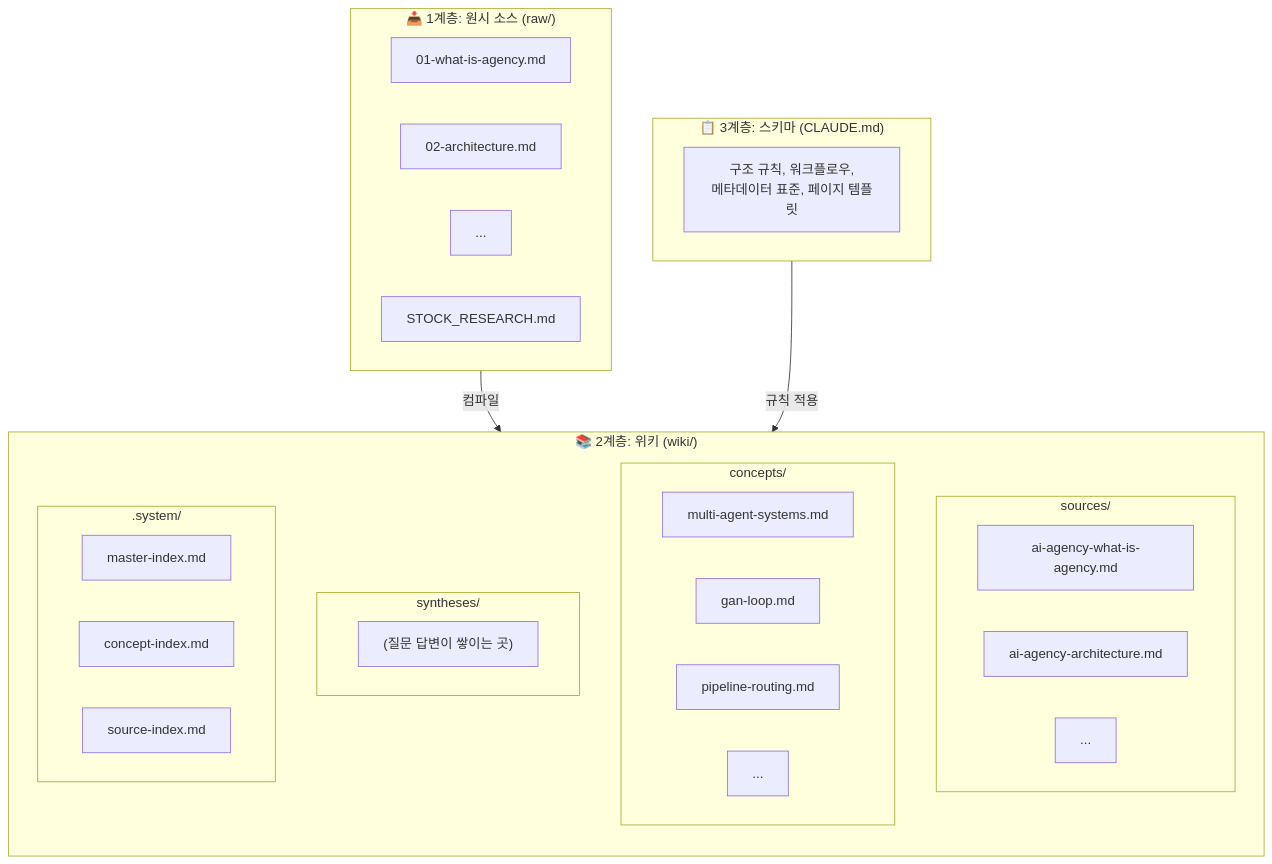
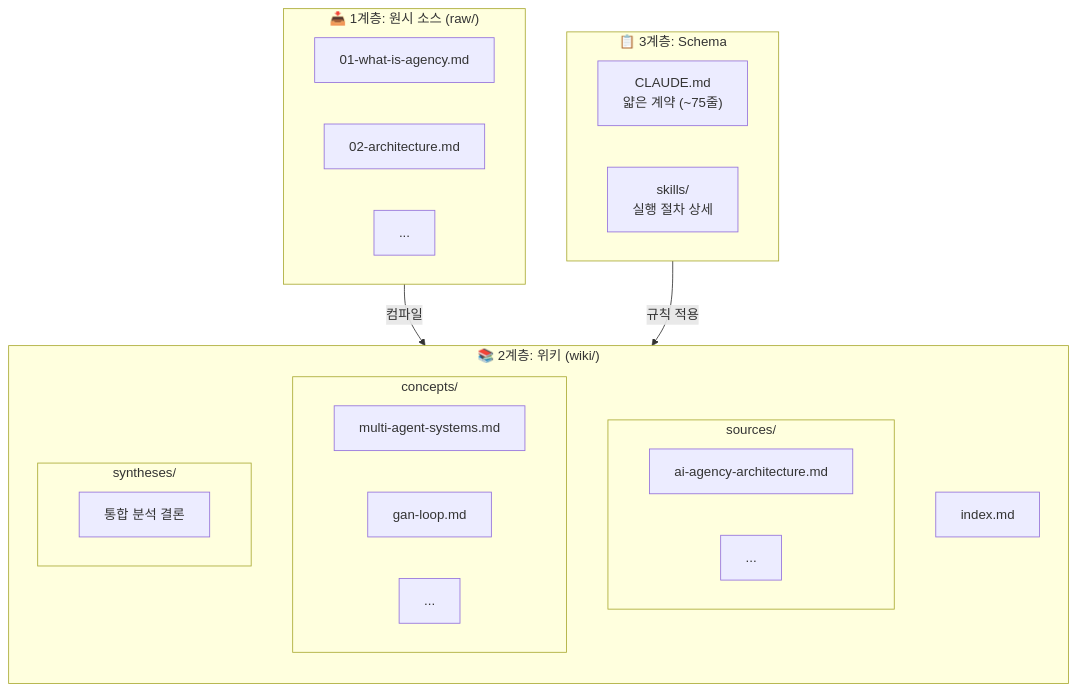
The second of 10 diagrams in docs/vault-system-guide.md (bjw202/Vault), drawn with Mermaid before and after one commit. The commit also changed other lines of this file and 6 other files, not shown here.

````diff
--- a/docs/vault-system-guide.md
+++ b/docs/vault-system-guide.md
@@ -39,40 +39,35 @@
 ```mermaid
 flowchart TB
     subgraph RAW["📥 1계층: 원시 소스 (raw/)"]
         direction LR
         R1["01-what-is-agency.md"]
         R2["02-architecture.md"]
         R3["..."]
-        R4["STOCK_RESEARCH.md"]
     end
 
     subgraph WIKI["📚 2계층: 위키 (wiki/)"]
         direction TB
         subgraph SOURCES["sources/"]
-            S1["ai-agency-what-is-agency.md"]
-            S2["ai-agency-architecture.md"]
-            S3["..."]
+            S1["ai-agency-architecture.md"]
+            S2["..."]
         end
         subgraph CONCEPTS["concepts/"]
             C1["multi-agent-systems.md"]
             C2["gan-loop.md"]
-            C3["pipeline-routing.md"]
-            C4["..."]
+            C3["..."]
         end
         subgraph SYNTHESES["syntheses/"]
-            SY1["(질문 답변이 쌓이는 곳)"]
+            SY1["통합 분석 결론"]
         end
-        subgraph SYSTEM[".system/"]
-            IDX["master-index.md"]
-            CIDX["concept-index.md"]
-            SIDX["source-index.md"]
-        end
+        IDX["index.md"]
     end
 
-    subgraph SCHEMA["📋 3계층: 스키마 (CLAUDE.md)"]
-        RULES["구조 규칙, 워크플로우,<br/>메타데이터 표준, 페이지 템플릿"]
+    subgraph SCHEMA["📋 3계층: Schema"]
+        direction LR
+        CMD["CLAUDE.md<br/>얇은 계약 (~75줄)"]
+        SKILLS["skills/<br/>실행 절차 상세"]
     end
 
     RAW -->|"컴파일"| WIKI
     SCHEMA -->|"규칙 적용"| WIKI
 ```
````
